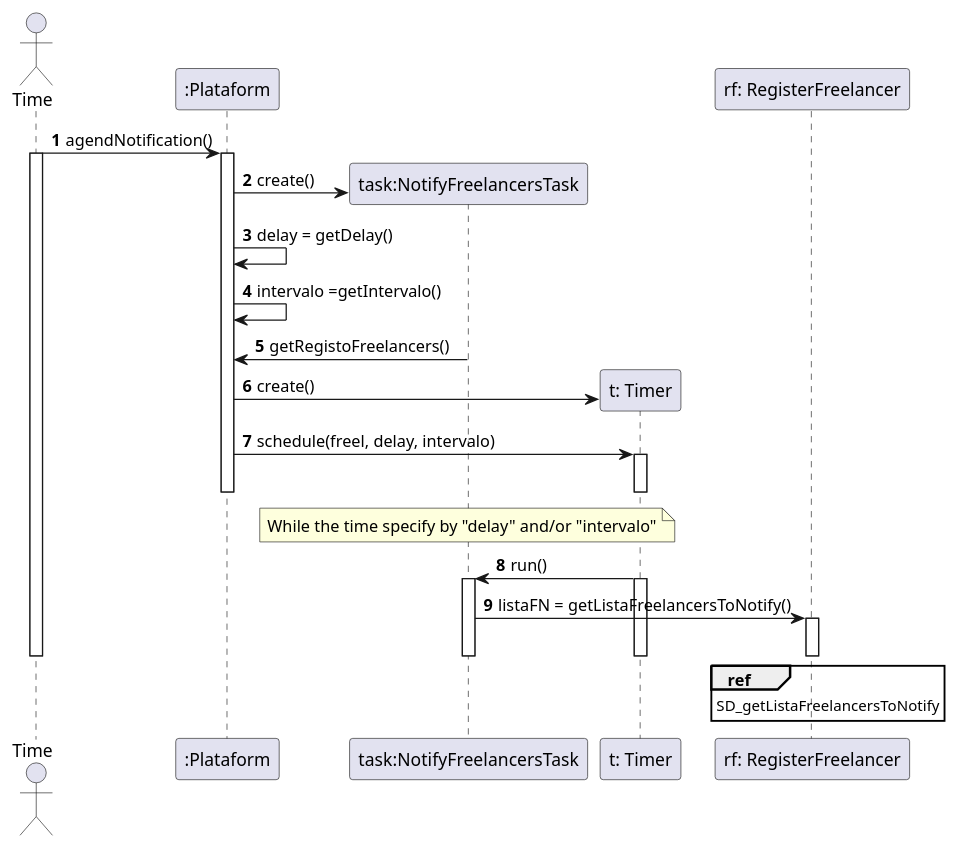
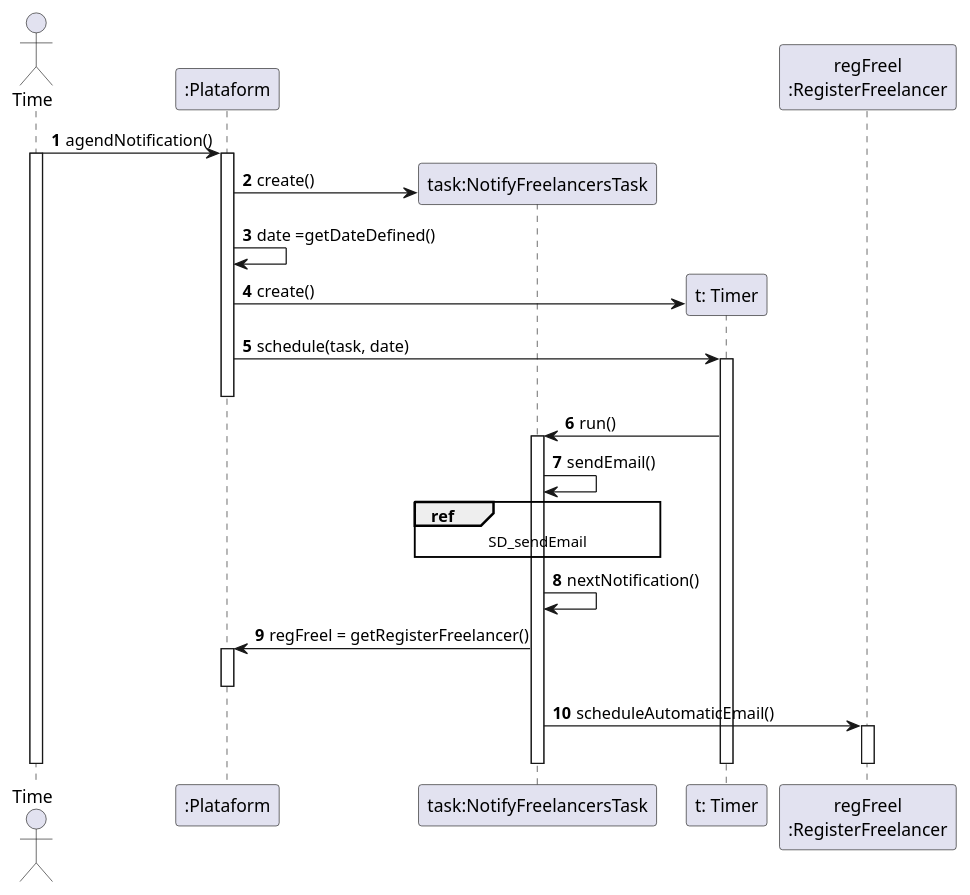
The diagram in docs/UC10 - Notify delayed freelancers (automatically)/UC10_SD1.puml (pedrolemos4/LAPR2), drawn with PlantUML before and after one commit. The commit also changed 6 other files, not shown here.

```diff
--- a/docs/UC10 - Notify delayed freelancers (automatically)/UC10_SD1.puml
+++ b/docs/UC10 - Notify delayed freelancers (automatically)/UC10_SD1.puml
@@ -1,46 +1,47 @@
 @startuml
 autonumber
 
 actor "Time" as TEMPO
 
 participant ":Plataform" as PLAT
 participant "task:NotifyFreelancersTask" as SCAT
 participant "t: Timer" as TIMER
-participant "rf: RegisterFreelancer" as RA
+participant "regFreel\n:RegisterFreelancer" as RFREEL
 
 
- TEMPO -> PLAT : agendNotification()
- activate TEMPO
+TEMPO -> PLAT : agendNotification()
+activate TEMPO
 
 activate PLAT
 PLAT -> SCAT** : create()
-PLAT -> PLAT : delay = getDelay()
-PLAT -> PLAT : intervalo =getIntervalo()
-SCAT -> PLAT : getRegistoFreelancers()
+PLAT -> PLAT : date =getDateDefined()
 PLAT -> TIMER** : create()
-PLAT -> TIMER : schedule(freel, delay, intervalo)
+PLAT -> TIMER : schedule(task, date)
 activate TIMER
-deactivate TIMER
 deactivate PLAT
 
-note over SCAT
-While the time specify by "delay" and/or "intervalo"
-end note
+TIMER -> SCAT : run()
+activate SCAT
+SCAT -> SCAT : sendEmail()
 
-TIMER -> SCAT : run()
-activate TIMER
-activate SCAT
-SCAT -> RA :listaFN = getListaFreelancersToNotify()
-activate RA
-REF over RA
-SD_getListaFreelancersToNotify
+REF over SCAT
+SD_sendEmail
 end REF
-deactivate RA
+
+SCAT -> SCAT : nextNotification()
+
+
+SCAT -> PLAT : regFreel = getRegisterFreelancer()
+activate PLAT
+deactivate PLAT
+
+SCAT -> RFREEL : scheduleAutomaticEmail()
+activate RFREEL
+deactivate RFREEL
 
 deactivate TIMER
 deactivate SCAT
-
 deactivate TEMPO
 
 
 @enduml
```
